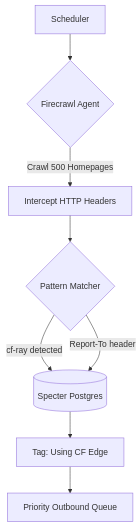
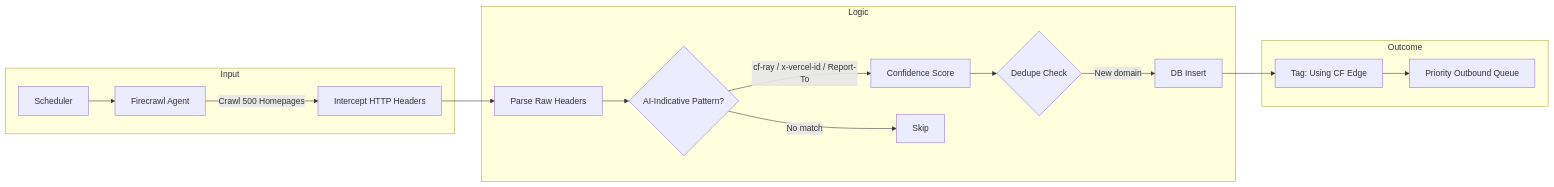
The fifth of 10 diagrams in presentation/white_circle_prezi.md (frankterpo/mermaidchart_prezi), drawn with Mermaid before and after one commit. The commit also changed other lines of this file and 7 other files, not shown here.

````diff
--- a/presentation/white_circle_prezi.md
+++ b/presentation/white_circle_prezi.md
@@ -280,10 +317,19 @@
 ```mermaid
-flowchart TD
-    S[Scheduler] --> F{Firecrawl Agent}
-    F -->|Crawl 500 Homepages| H[Intercept HTTP Headers]
-    H --> M{Pattern Matcher}
-    M -->|cf-ray detected| DB[(Specter Postgres)]
-    M -->|Report-To header| DB
-    DB --> T[Tag: Using CF Edge]
-    T --> O[Priority Outbound Queue]
+flowchart LR
+    subgraph Input
+        S[Scheduler] --> F[Firecrawl Agent]
+        F -->|Crawl 500 Homepages| H[Intercept HTTP Headers]
+    end
+    subgraph Logic
+        H --> P[Parse Raw Headers]
+        P --> M{AI-Indicative Pattern?}
+        M -->|cf-ray / x-vercel-id / Report-To| Y[Confidence Score]
+        M -->|No match| Z[Skip]
+        Y --> D{Dedupe Check}
+        D -->|New domain| I[DB Insert]
+    end
+    subgraph Outcome
+        I --> T[Tag: Using CF Edge]
+        T --> O[Priority Outbound Queue]
+    end
 ```
````
